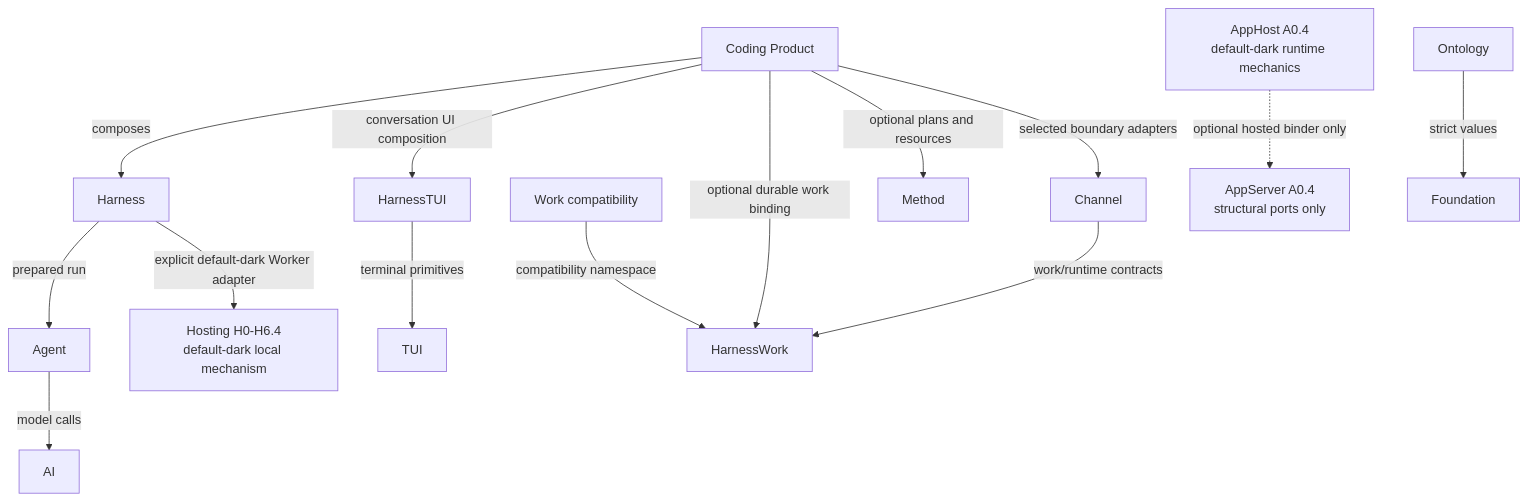
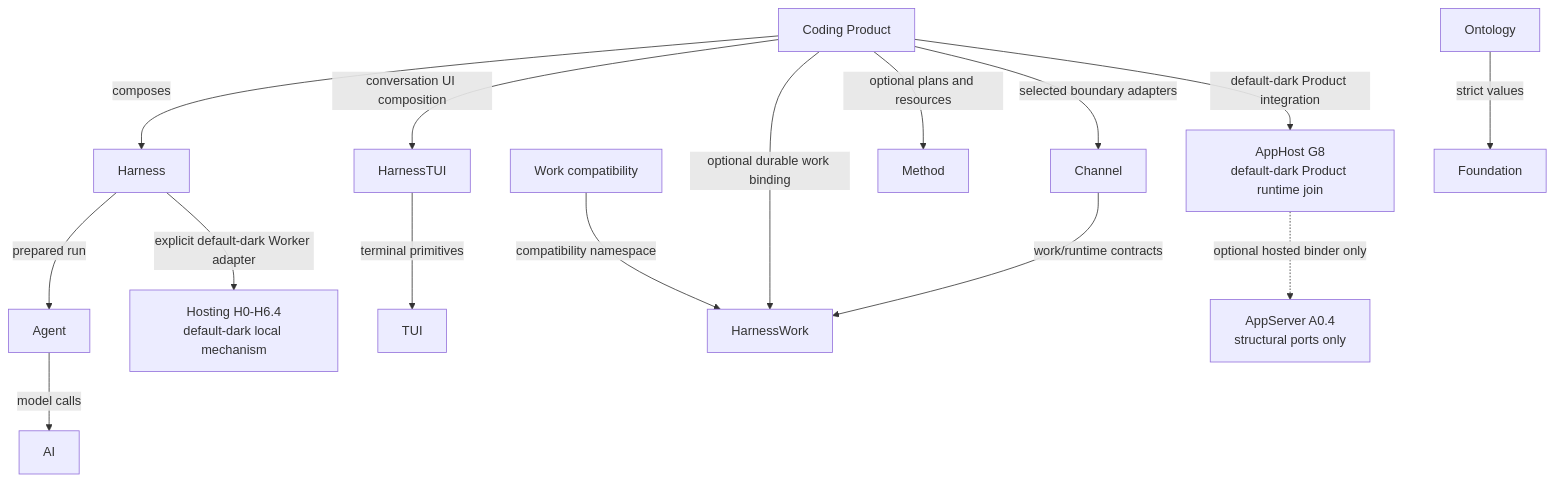
Before and after one commit to zhnt/loushang: the diagram in docs/internals/architecture/architecture-overview.md, drawn with Mermaid. The commit also changed other lines of this file and 25 other files, not shown here.

Commit message:
feat(coding): join AppHost Product to Worker runtime

````diff
--- a/docs/internals/architecture/architecture-overview.md
+++ b/docs/internals/architecture/architecture-overview.md
@@ -106,32 +106,33 @@
 ```mermaid
 flowchart TD
     CODING["Coding Product"]
     HARNESS["Harness"]
     AGENT["Agent"]
     AI["AI"]
     HTUI["HarnessTUI"]
     TUI["TUI"]
     HWORK["HarnessWork"]
     WORK["Work compatibility"]
     METHOD["Method"]
     CHANNEL["Channel"]
     ONTOLOGY["Ontology"]
     HOSTING["Hosting H0-H6.4\ndefault-dark local mechanism"]
-    APPHOST["AppHost A0.4\ndefault-dark runtime mechanics"]
+    APPHOST["AppHost G8\ndefault-dark Product runtime join"]
     APPSERVER["AppServer A0.4\nstructural ports only"]
     FOUNDATION["Foundation"]
 
     CODING -->|composes| HARNESS
     HARNESS -->|prepared run| AGENT
     AGENT -->|model calls| AI
     CODING -->|conversation UI composition| HTUI
     HTUI -->|terminal primitives| TUI
     CODING -->|optional durable work binding| HWORK
     WORK -->|compatibility namespace| HWORK
     CODING -->|optional plans and resources| METHOD
     CODING -->|selected boundary adapters| CHANNEL
     CHANNEL -->|work/runtime contracts| HWORK
     ONTOLOGY -->|strict values| FOUNDATION
     HARNESS -->|explicit default-dark Worker adapter| HOSTING
+    CODING -->|default-dark Product integration| APPHOST
     APPHOST -.->|optional hosted binder only| APPSERVER
 ```
````
